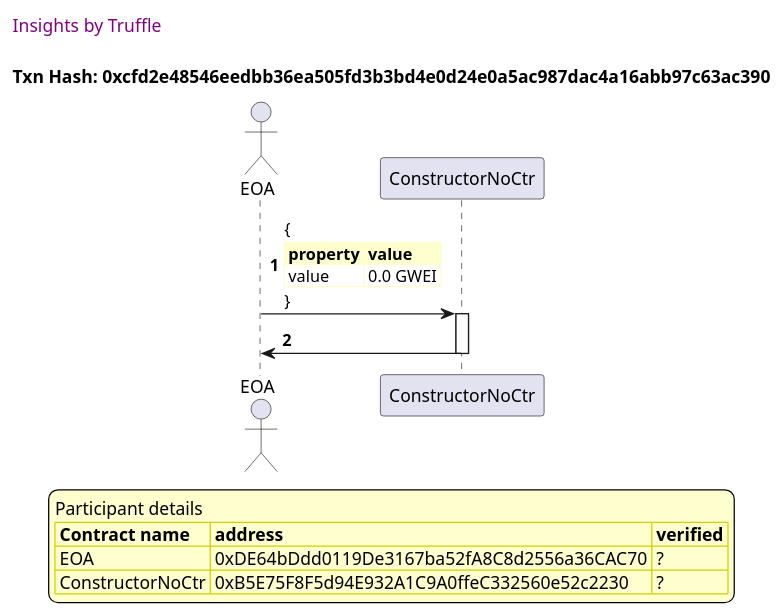
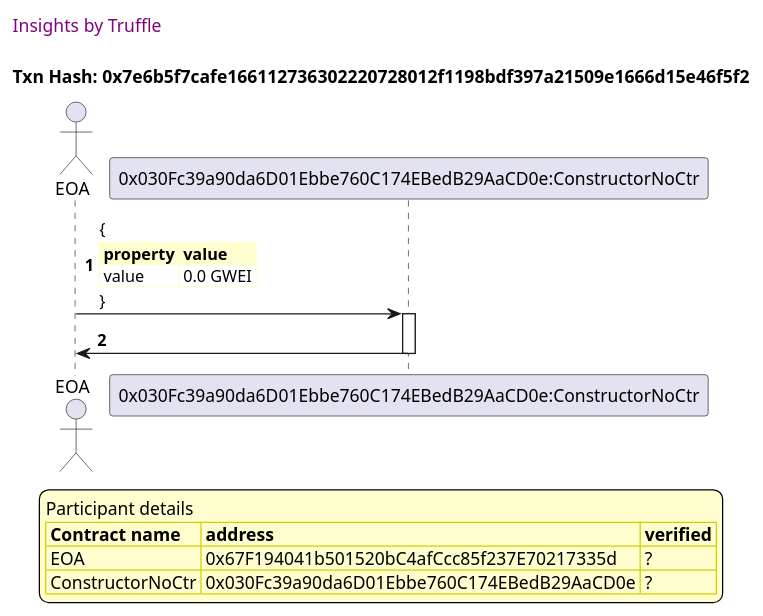
The first of 2 diagrams in truffle-seq/constructor.test.md (trufflesuite/txlog-seedlings), drawn with PlantUML before and after one commit. The commit also changed other lines of this file and 3 other files, not shown here.

````diff
--- a/truffle-seq/constructor.test.md
+++ b/truffle-seq/constructor.test.md
@@ -13,45 +13,45 @@
 ```plantuml
 
 
 @startuml
 
 autonumber
 skinparam legendBackgroundColor #FEFECE
 
 <style>
       header {
         HorizontalAlignment left
         FontColor purple
         FontSize 14
         Padding 10
       }
     </style>
 
 header Insights by Truffle
 
-title Txn Hash: 0xcfd2e48546eedbb36ea505fd3b3bd4e0d24e0a5ac987dac4a16abb97c63ac390
+title Txn Hash: 0x7e6b5f7cafe166112736302220728012f1198bdf397a21509e1666d15e46f5f2
 
 
 actor EOA as "EOA"
 
-participant ConstructorNoCtr as "ConstructorNoCtr"
+participant ConstructorNoCtr as "0x030Fc39a90da6D01Ebbe760C174EBedB29AaCD0e:ConstructorNoCtr"
 
 "EOA" -> "ConstructorNoCtr" ++: {\n\
 <#FEFECE,#FEFECE>|= property |= value|\n\
 | value | 0.0 GWEI |\n\
 }
 
 "ConstructorNoCtr" -> "EOA" --: 
 
 
 
 legend
 Participant details
 <#FEFECE,#D0D000>|= Contract name |= address |= verified |
-<#FEFECE>| EOA | 0xDE64bDdd0119De3167ba52fA8C8d2556a36CAC70 | ? |
-<#FEFECE>| ConstructorNoCtr | 0xB5E75F8F5d94E932A1C9A0ffeC332560e52c2230 | ? |
+<#FEFECE>| EOA | 0x67F194041b501520bC4afCcc85f237E70217335d | ? |
+<#FEFECE>| ConstructorNoCtr | 0x030Fc39a90da6D01Ebbe760C174EBedB29AaCD0e | ? |
 endlegend
 
 
 @enduml
 ```
````
